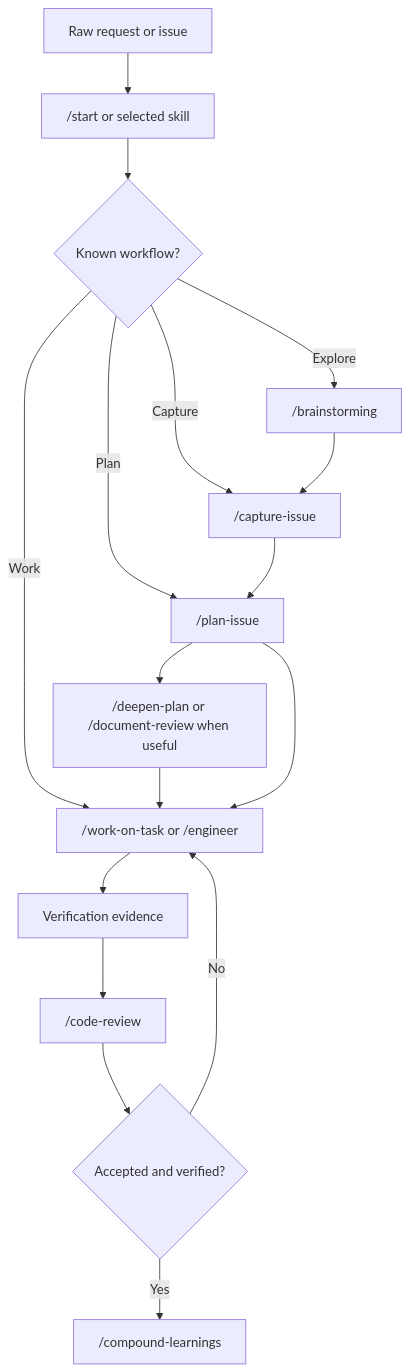
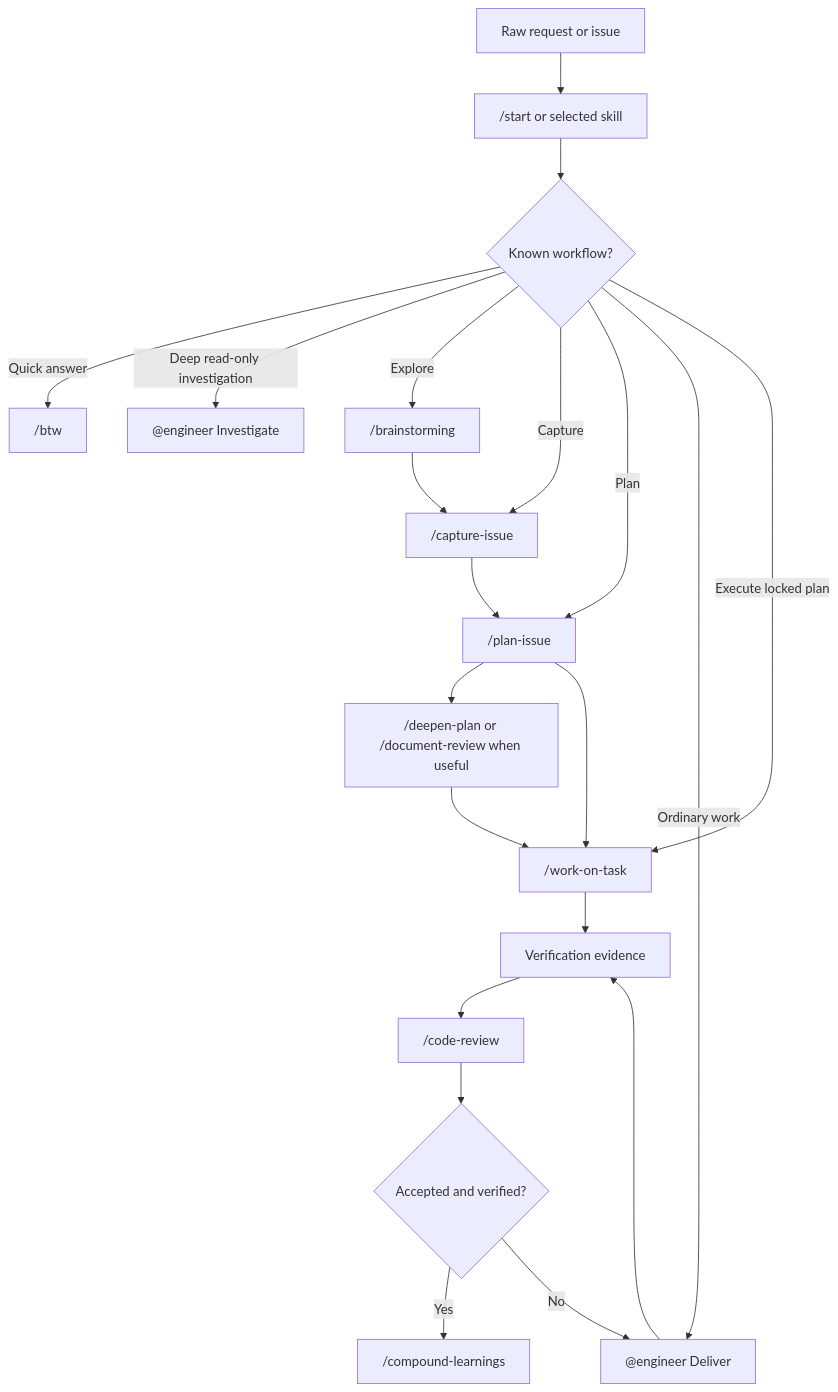
The diagram in docs/architecture/skill-driven-prompt-library.md (noodlemind/prompt-library), drawn with Mermaid before and after one commit. The commit also changed other lines of this file and 83 other files, not shown here.

````diff
--- a/docs/architecture/skill-driven-prompt-library.md
+++ b/docs/architecture/skill-driven-prompt-library.md
@@ -145,19 +157,24 @@
 ```mermaid
 flowchart TD
   A["Raw request or issue"] --> B["/start or selected skill"]
   B --> C{"Known workflow?"}
+  C -->|Quick answer| Q["/btw"]
+  C -->|Deep read-only investigation| R["@engineer Investigate"]
   C -->|Explore| D["/brainstorming"]
   C -->|Capture| E["/capture-issue"]
   C -->|Plan| F["/plan-issue"]
-  C -->|Work| G["/work-on-task or /engineer"]
+  C -->|Ordinary work| G["@engineer Deliver"]
+  C -->|Execute locked plan| W["/work-on-task"]
   D --> E
   E --> F
   F --> H["/deepen-plan or /document-review when useful"]
-  H --> G
-  F --> G
-  G --> I["Verification evidence"]
+  H --> W
+  F --> W
+  G --> I
+  W --> I
+  I["Verification evidence"]
   I --> J["/code-review"]
   J --> K{"Accepted and verified?"}
   K -->|Yes| L["/compound-learnings"]
   K -->|No| G
 ```
````
